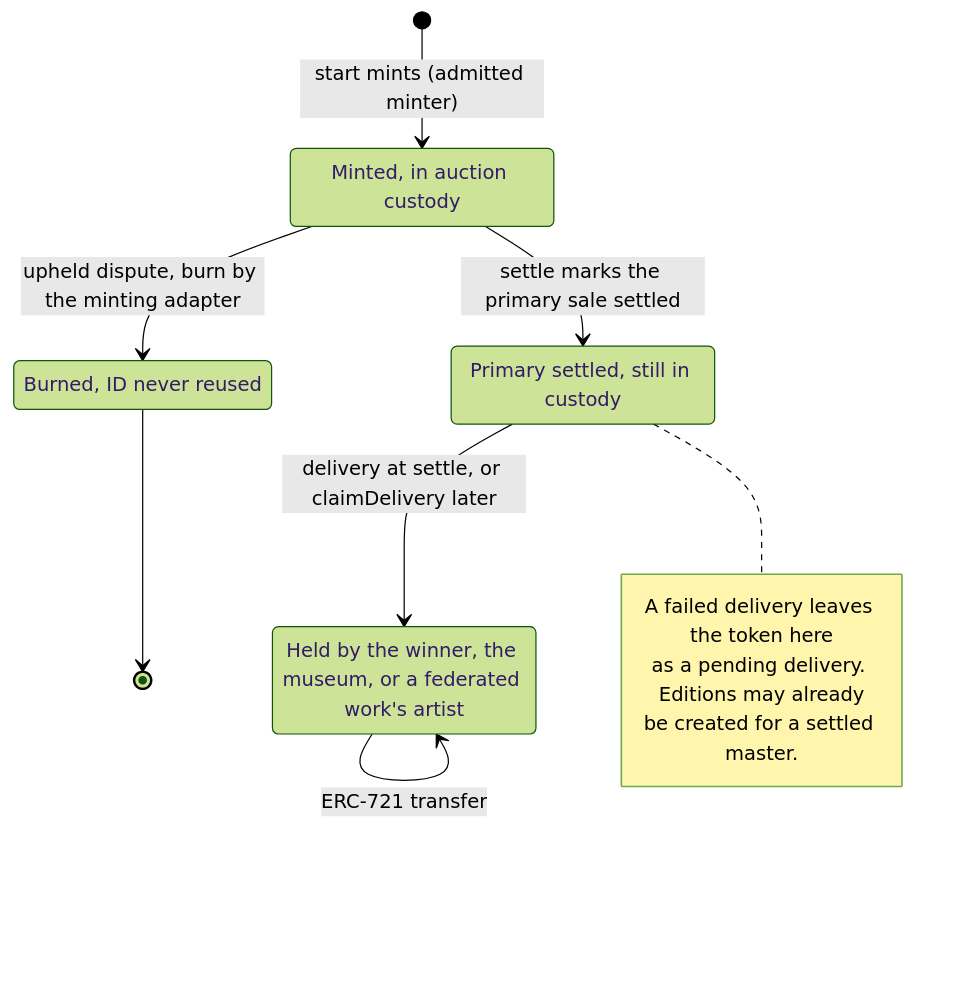
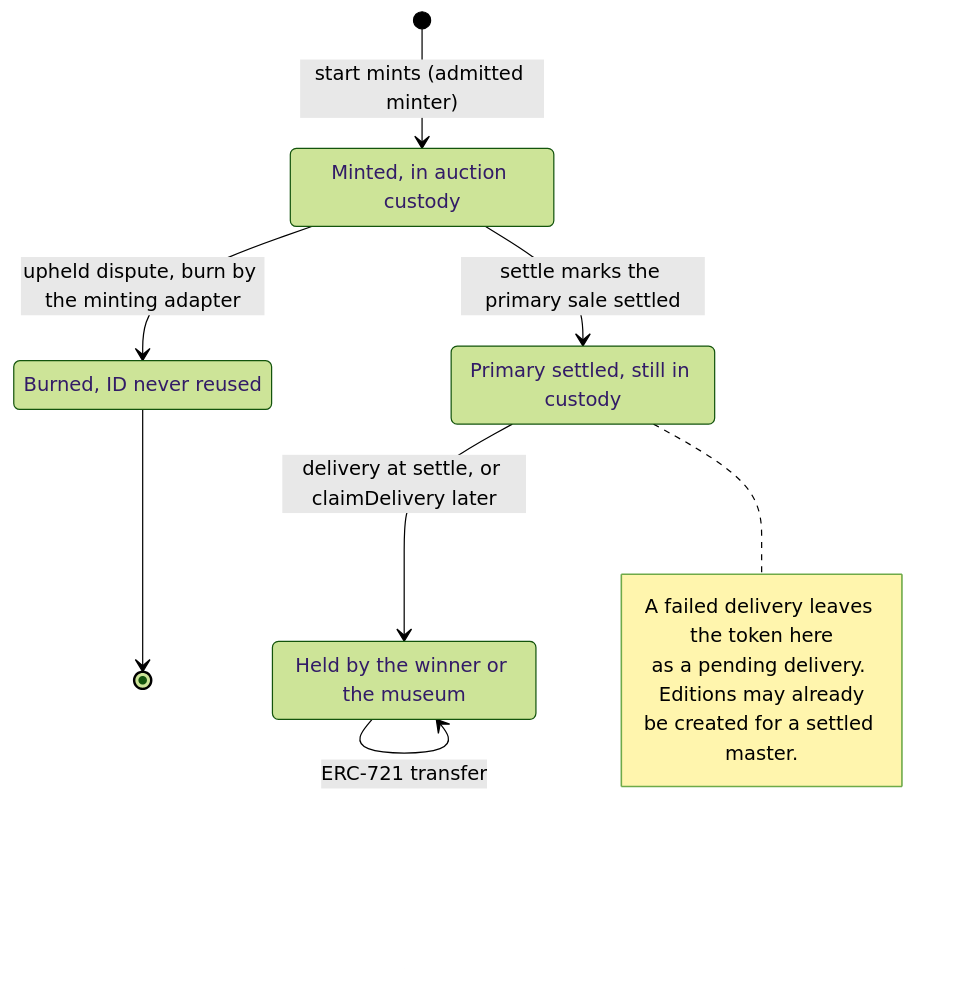
One commit to 6529-Collections/6529-works changed the first of 11 diagrams in docs/spec/stream-and-auctions.md. Above: the diagram before and after it, drawn with Mermaid (forest theme). The commit also changed other lines of this file and 17 other files, not shown here.

````diff
--- a/docs/spec/stream-and-auctions.md
+++ b/docs/spec/stream-and-auctions.md
@@ -94,18 +96,18 @@
 ```mermaid
 stateDiagram-v2
     state "Minted, in auction custody" as Custody
     state "Primary settled, still in custody" as Settled
-    state "Held by the winner, the museum, or a federated work's artist" as Held
+    state "Held by the winner or the museum" as Held
     state "Burned, ID never reused" as Burned
     [*] --> Custody : start mints (admitted minter)
     Custody --> Burned : upheld dispute, burn by the minting adapter
     Custody --> Settled : settle marks the primary sale settled
     Settled --> Held : delivery at settle, or claimDelivery later
     Held --> Held : ERC-721 transfer
     Burned --> [*]
     note right of Settled
         A failed delivery leaves the token here
         as a pending delivery. Editions may already
         be created for a settled master.
     end note
 ```
````
